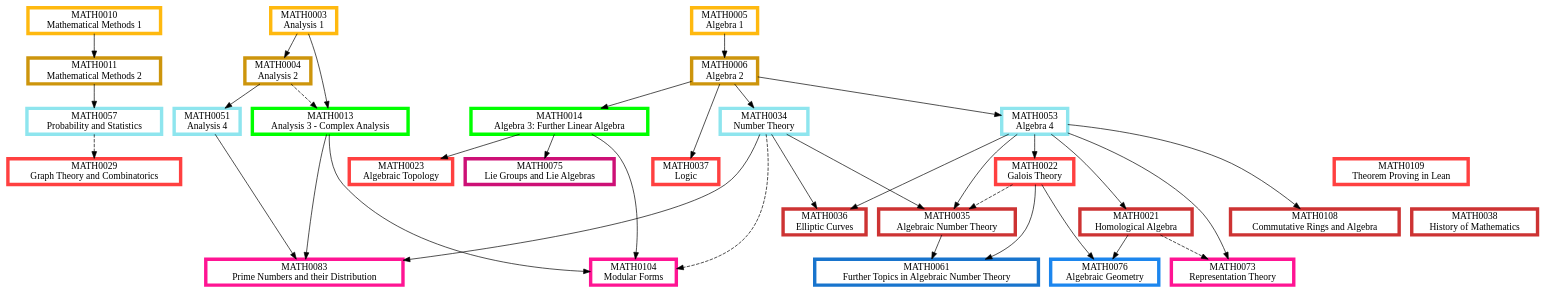
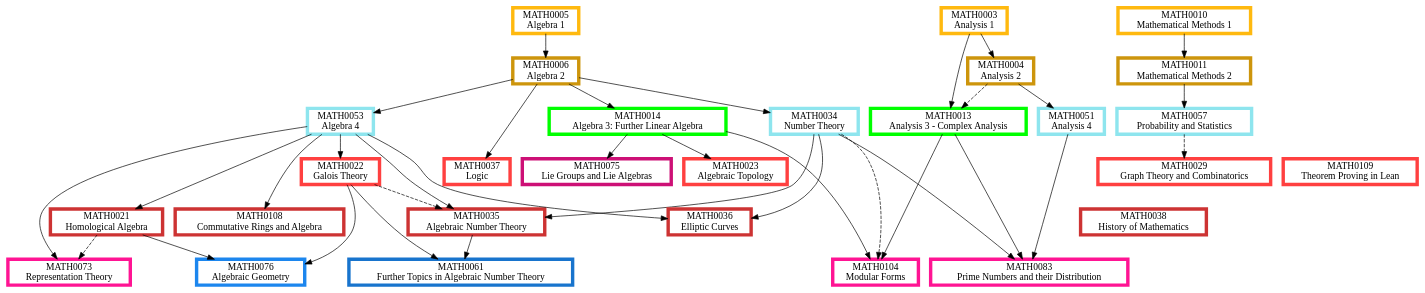
The diagram in Algebra.dot (matthew-towers/pathways), drawn with Graphviz before and after one commit. The commit also changed 12 other files, not shown here.

```diff
--- a/Algebra.dot
+++ b/Algebra.dot
@@ -1,123 +1,123 @@
 digraph {
 	node [fillcolor=white penwidth=5 shape=box style="filled,bold"]
 	subgraph "1.0 1" {
 		rank=same
+		MATH0005 [label="MATH0005
+Algebra 1" color=darkgoldenrod1 href="https://www.ucl.ac.uk/mathematical-physical-sciences/sites/mathematical_physical_sciences/files/2025-09/math0005 syllabus.pdf" tooltip="Year 1, term 1"]
 		MATH0010 [label="MATH0010
 Mathematical Methods 1" color=darkgoldenrod1 href="https://www.ucl.ac.uk/mathematical-physical-sciences/sites/mathematical_physical_sciences/files/math0010.pdf" tooltip="Year 1, term 1"]
 		MATH0003 [label="MATH0003
 Analysis 1" color=darkgoldenrod1 href="https://www.ucl.ac.uk/mathematical-physical-sciences/sites/mathematical_physical_sciences/files/2025-09/math0003.pdf" tooltip="Year 1, term 1"]
-		MATH0005 [label="MATH0005
-Algebra 1" color=darkgoldenrod1 href="https://www.ucl.ac.uk/mathematical-physical-sciences/sites/mathematical_physical_sciences/files/2025-09/math0005 syllabus.pdf" tooltip="Year 1, term 1"]
 	}
 	MATH0005 -> MATH0006 [tooltip="required prerequisite"]
 	MATH0010 -> MATH0011 [tooltip="required prerequisite"]
 	MATH0003 -> MATH0004 [tooltip="required prerequisite"]
 	subgraph "1.0 2" {
 		rank=same
 		MATH0006 [label="MATH0006
 Algebra 2" color=darkgoldenrod3 href="https://www.ucl.ac.uk/mathematical-physical-sciences/sites/mathematical_physical_sciences/files/math0006.pdf" tooltip="Year 1, term 2"]
 		MATH0011 [label="MATH0011
-Mathematical Methods 2" color=darkgoldenrod3 href="https://www.ucl.ac.uk/mathematical-physical-sciences/sites/mathematical_physical_sciences/files/math0011_3.pdf" tooltip="Year 1, term 2"]
+Mathematical Methods 2" color=darkgoldenrod3 href="https://www.ucl.ac.uk/mathematical-physical-sciences/sites/mathematical_physical_sciences/files/math0011.pdf" tooltip="Year 1, term 2"]
 		MATH0004 [label="MATH0004
 Analysis 2" color=darkgoldenrod3 href="https://www.ucl.ac.uk/mathematical-physical-sciences/sites/mathematical_physical_sciences/files/math0004.pdf" tooltip="Year 1, term 2"]
 	}
 	MATH0006 -> MATH0014 [tooltip="required prerequisite"]
 	MATH0003 -> MATH0013 [tooltip="required prerequisite"]
 	MATH0004 -> MATH0013 [style=dashed tooltip="recommended prerequisite"]
 	subgraph "2.0 1" {
 		rank=same
 		MATH0014 [label="MATH0014
 Algebra 3: Further Linear Algebra" color=green1 href="https://www.ucl.ac.uk/mathematical-physical-sciences/sites/mathematical_physical_sciences/files/2025-09/math0014_0.pdf" tooltip="Year 2, term 1"]
 		MATH0013 [label="MATH0013
 Analysis 3 - Complex Analysis" color=green1 href="https://www.ucl.ac.uk/mathematical-physical-sciences/sites/mathematical_physical_sciences/files/2025-09/math0013_0.pdf" tooltip="Year 2, term 1"]
 	}
 	MATH0004 -> MATH0051 [tooltip="required prerequisite"]
 	MATH0006 -> MATH0034 [tooltip="required prerequisite"]
+	MATH0011 -> MATH0057 [tooltip="required prerequisite"]
 	MATH0006 -> MATH0053 [tooltip="required prerequisite"]
-	MATH0011 -> MATH0057 [tooltip="required prerequisite"]
 	subgraph "2.5 2" {
 		rank=same
 		MATH0051 [label="MATH0051
 Analysis 4" color=cadetblue2 href="https://www.ucl.ac.uk/mathematical-physical-sciences/sites/mathematical_physical_sciences/files/math0051.pdf" tooltip="Year 2 or 3, term 2"]
 		MATH0034 [label="MATH0034
 Number Theory" color=cadetblue2 href="https://www.ucl.ac.uk/mathematical-physical-sciences/sites/mathematical_physical_sciences/files/math0034.pdf" tooltip="Year 2 or 3, term 2"]
+		MATH0057 [label="MATH0057
+Probability and Statistics" color=cadetblue2 href="https://www.ucl.ac.uk/mathematical-physical-sciences/sites/mathematical_physical_sciences/files/math0057.pdf" tooltip="Year 2 or 3, term 2"]
 		MATH0053 [label="MATH0053
 Algebra 4" color=cadetblue2 href="https://www.ucl.ac.uk/mathematical-physical-sciences/sites/mathematical_physical_sciences/files/math0053.pdf" tooltip="Year 2 or 3, term 2"]
-		MATH0057 [label="MATH0057
-Probability and Statistics" color=cadetblue2 href="https://www.ucl.ac.uk/mathematical-physical-sciences/sites/mathematical_physical_sciences/files/math0057.pdf" tooltip="Year 2 or 3, term 2"]
 	}
 	MATH0006 -> MATH0037 [tooltip="required prerequisite"]
 	MATH0053 -> MATH0022 [tooltip="required prerequisite"]
 	MATH0014 -> MATH0023 [tooltip="required prerequisite"]
 	MATH0057 -> MATH0029 [style=dashed tooltip="recommended prerequisite"]
 	subgraph "3.0 1" {
 		rank=same
 		MATH0037 [label="MATH0037
 Logic" color=brown1 href="https://www.ucl.ac.uk/mathematical-physical-sciences/sites/mathematical_physical_sciences/files/math0037.pdf" tooltip="Year 3, term 1"]
+		MATH0109 [label="MATH0109
+Theorem Proving in Lean" color=brown1 href="https://www.ucl.ac.uk/mathematical-physical-sciences/sites/mathematical_physical_sciences/files/math0109.pdf" tooltip="Year 3, term 1"]
 		MATH0022 [label="MATH0022
 Galois Theory" color=brown1 href="https://www.ucl.ac.uk/mathematical-physical-sciences/sites/mathematical_physical_sciences/files/math0022.pdf" tooltip="Year 3, term 1"]
-		MATH0109 [label="MATH0109
-Theorem Proving in Lean" color=brown1 href="https://www.ucl.ac.uk/mathematical-physical-sciences/sites/mathematical_physical_sciences/files/math0109.pdf" tooltip="Year 3, term 1"]
 		MATH0023 [label="MATH0023
 Algebraic Topology" color=brown1 href="https://www.ucl.ac.uk/mathematical-physical-sciences/sites/mathematical_physical_sciences/files/math0023_2.pdf" tooltip="Year 3, term 1"]
 		MATH0029 [label="MATH0029
 Graph Theory and Combinatorics" color=brown1 href="https://www.ucl.ac.uk/mathematical-physical-sciences/sites/mathematical_physical_sciences/files/math0029.pdf" tooltip="Year 3, term 1"]
 	}
 	MATH0053 -> MATH0021 [tooltip="required prerequisite"]
+	MATH0053 -> MATH0108 [tooltip="required prerequisite"]
 	MATH0034 -> MATH0035 [tooltip="required prerequisite"]
 	MATH0053 -> MATH0035 [tooltip="required prerequisite"]
 	MATH0022 -> MATH0035 [style=dashed tooltip="recommended prerequisite"]
-	MATH0053 -> MATH0108 [tooltip="required prerequisite"]
 	MATH0034 -> MATH0036 [tooltip="required prerequisite"]
 	MATH0053 -> MATH0036 [tooltip="required prerequisite"]
 	subgraph "3.0 2" {
 		rank=same
 		MATH0021 [label="MATH0021
 Homological Algebra" color=brown3 href="https://www.ucl.ac.uk/mathematical-physical-sciences/sites/mathematical_physical_sciences/files/math0021.pdf" tooltip="Year 3, term 2"]
-		MATH0035 [label="MATH0035
-Algebraic Number Theory" color=brown3 href="https://www.ucl.ac.uk/mathematical-physical-sciences/sites/mathematical_physical_sciences/files/math0035.pdf" tooltip="Year 3, term 2"]
 		MATH0108 [label="MATH0108
 Commutative Rings and Algebra" color=brown3 href="https://www.ucl.ac.uk/mathematical-physical-sciences/sites/mathematical_physical_sciences/files/0108_0.pdf" tooltip="Year 3, term 2"]
 		MATH0038 [label="MATH0038
 History of Mathematics" color=brown3 href="https://www.ucl.ac.uk/mathematical-physical-sciences/sites/mathematical_physical_sciences/files/math0038.pdf" tooltip="Year 3, term 2"]
+		MATH0035 [label="MATH0035
+Algebraic Number Theory" color=brown3 href="https://www.ucl.ac.uk/mathematical-physical-sciences/sites/mathematical_physical_sciences/files/math0035.pdf" tooltip="Year 3, term 2"]
 		MATH0036 [label="MATH0036
 Elliptic Curves" color=brown3 href="https://www.ucl.ac.uk/mathematical-physical-sciences/sites/mathematical_physical_sciences/files/math0036.pdf" tooltip="Year 3, term 2"]
 	}
+	MATH0013 -> MATH0104 [tooltip="required prerequisite"]
+	MATH0014 -> MATH0104 [tooltip="required prerequisite"]
+	MATH0034 -> MATH0104 [style=dashed tooltip="recommended prerequisite"]
+	MATH0053 -> MATH0073 [tooltip="required prerequisite"]
+	MATH0021 -> MATH0073 [style=dashed tooltip="recommended prerequisite"]
 	MATH0013 -> MATH0083 [tooltip="required prerequisite"]
 	MATH0051 -> MATH0083 [tooltip="required prerequisite"]
 	MATH0034 -> MATH0083 [tooltip="required prerequisite"]
-	MATH0053 -> MATH0073 [tooltip="required prerequisite"]
-	MATH0021 -> MATH0073 [style=dashed tooltip="recommended prerequisite"]
-	MATH0013 -> MATH0104 [tooltip="required prerequisite"]
-	MATH0014 -> MATH0104 [tooltip="required prerequisite"]
-	MATH0034 -> MATH0104 [style=dashed tooltip="recommended prerequisite"]
 	subgraph "3.5 1" {
 		rank=same
+		MATH0104 [label="MATH0104
+Modular Forms" color=deeppink1 href="https://www.ucl.ac.uk/mathematical-physical-sciences/sites/mathematical_physical_sciences/files/math0104_2.pdf" tooltip="Year 3 or 4, term 1"]
+		MATH0073 [label="MATH0073
+Representation Theory" color=deeppink1 href="https://www.ucl.ac.uk/mathematical-physical-sciences/sites/mathematical_physical_sciences/files/math0073.pdf" tooltip="Year 3 or 4, term 1"]
 		MATH0083 [label="MATH0083
 Prime Numbers and their Distribution" color=deeppink1 href="https://www.ucl.ac.uk/mathematical-physical-sciences/sites/mathematical_physical_sciences/files/math0083.pdf" tooltip="Year 3 or 4, term 1"]
-		MATH0073 [label="MATH0073
-Representation Theory" color=deeppink1 href="https://www.ucl.ac.uk/mathematical-physical-sciences/sites/mathematical_physical_sciences/files/math0073.pdf" tooltip="Year 3 or 4, term 1"]
-		MATH0104 [label="MATH0104
-Modular Forms" color=deeppink1 href="https://www.ucl.ac.uk/mathematical-physical-sciences/sites/mathematical_physical_sciences/files/math0104_2.pdf" tooltip="Year 3 or 4, term 1"]
 	}
 	MATH0014 -> MATH0075 [tooltip="required prerequisite"]
 	subgraph "3.5 2" {
 		rank=same
 		MATH0075 [label="MATH0075
-Lie Groups and Lie Algebras" color=deeppink3 href="https://www.ucl.ac.uk/mathematical-physical-sciences/sites/mathematical_physical_sciences/files/math0075_2.pdf" tooltip="Year 3 or 4, term 2"]
+Lie Groups and Lie Algebras" color=deeppink3 href="https://www.ucl.ac.uk/mathematical-physical-sciences/sites/mathematical_physical_sciences/files/math0075.pdf" tooltip="Year 3 or 4, term 2"]
 	}
 	MATH0021 -> MATH0076 [tooltip="required prerequisite"]
 	MATH0022 -> MATH0076 [tooltip="required prerequisite"]
 	subgraph "4.0 1" {
 		rank=same
 		MATH0076 [label="MATH0076
 Algebraic Geometry" color=dodgerblue2 href="https://www.ucl.ac.uk/mathematical-physical-sciences/sites/mathematical_physical_sciences/files/2025-09/math0076.pdf" tooltip="Year 4, term 1"]
 	}
 	MATH0035 -> MATH0061 [tooltip="required prerequisite"]
 	MATH0022 -> MATH0061 [tooltip="required prerequisite"]
 	subgraph "4 2" {
 		rank=same
 		MATH0061 [label="MATH0061
 Further Topics in Algebraic Number Theory" color=dodgerblue3 href="https://www.ucl.ac.uk/mathematical-physical-sciences/sites/mathematical_physical_sciences/files/math0061_1.pdf" tooltip="Year 4, term 2"]
 	}
 }
```
